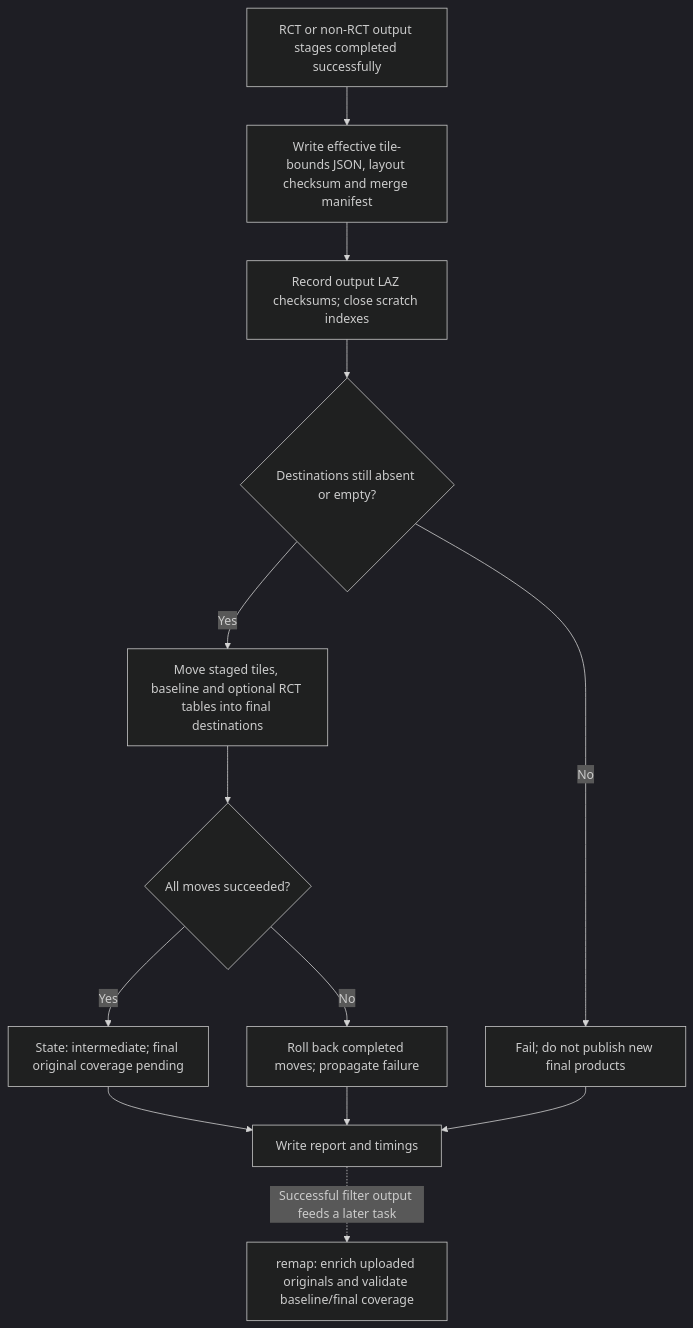
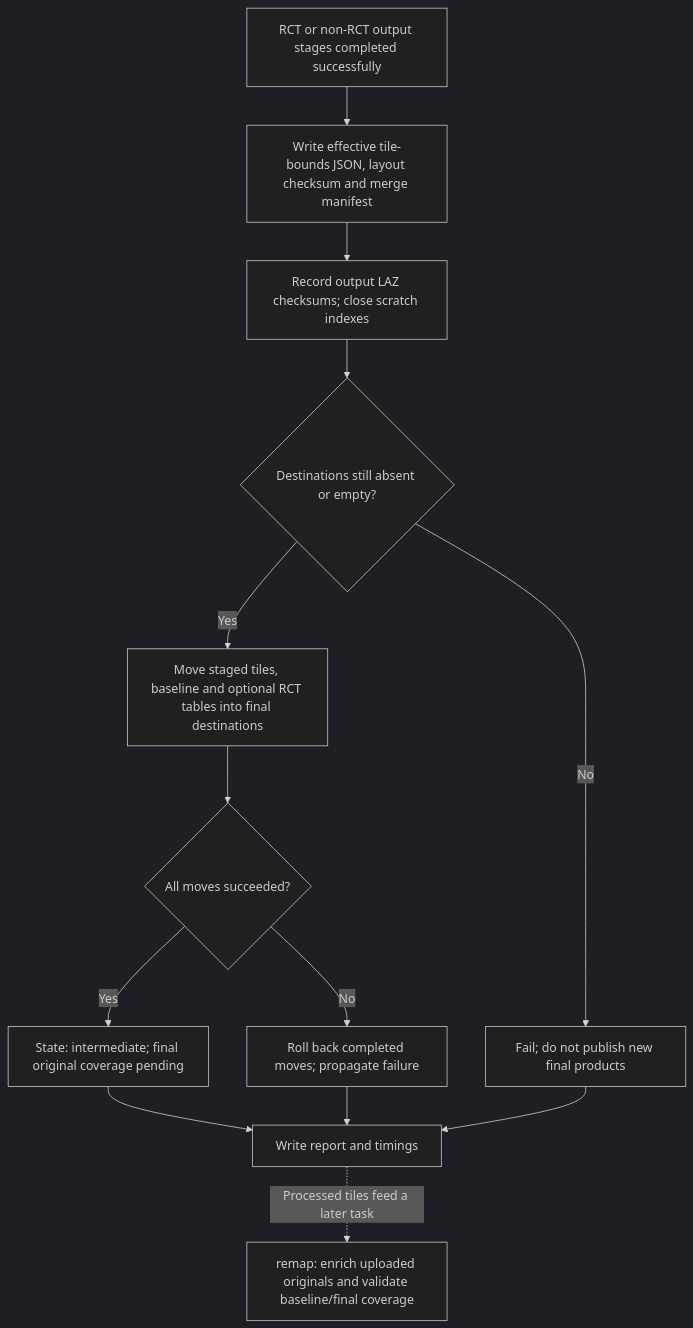
The seventh of 7 diagrams in docs/filter-decision-flow.md (3dTrees-earth/3dtrees_Smart_Tile), drawn with Mermaid (dark theme) before and after one commit. The commit also changed other lines of this file and 96 other files, not shown here.

````diff
--- a/docs/filter-decision-flow.md
+++ b/docs/filter-decision-flow.md
@@ -291,15 +300,15 @@
 ```mermaid
 flowchart TD
     A["RCT or non-RCT output stages completed successfully"] --> B["Write effective tile-bounds JSON, layout checksum and merge manifest"]
     B --> C["Record output LAZ checksums; close scratch indexes"]
     C --> D{"Destinations still absent or empty?"}
     D -->|No| FAIL["Fail; do not publish new final products"]
     D -->|Yes| MOVE["Move staged tiles, baseline and optional RCT tables into final destinations"]
     MOVE --> E{"All moves succeeded?"}
     E -->|No| ROLLBACK["Roll back completed moves; propagate failure"]
     E -->|Yes| OK["State: intermediate; final original coverage pending"]
     OK --> REPORT["Write report and timings"]
     ROLLBACK --> REPORT
     FAIL --> REPORT
-    REPORT -. "Successful filter output feeds a later task" .-> REMAP["remap: enrich uploaded originals and validate baseline/final coverage"]
+    REPORT -. "Processed tiles feed a later task" .-> REMAP["remap: enrich uploaded originals and validate baseline/final coverage"]
 ```
````
